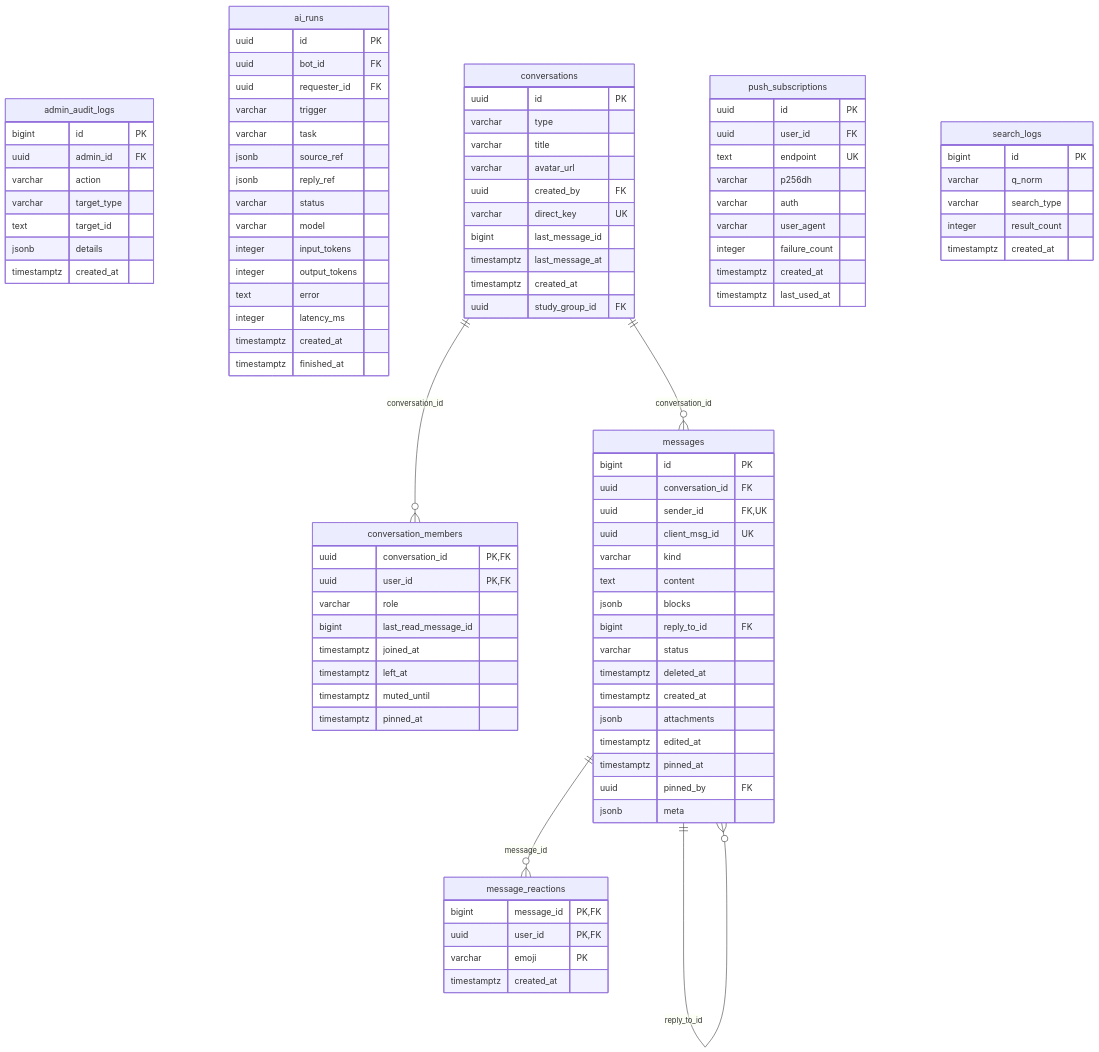
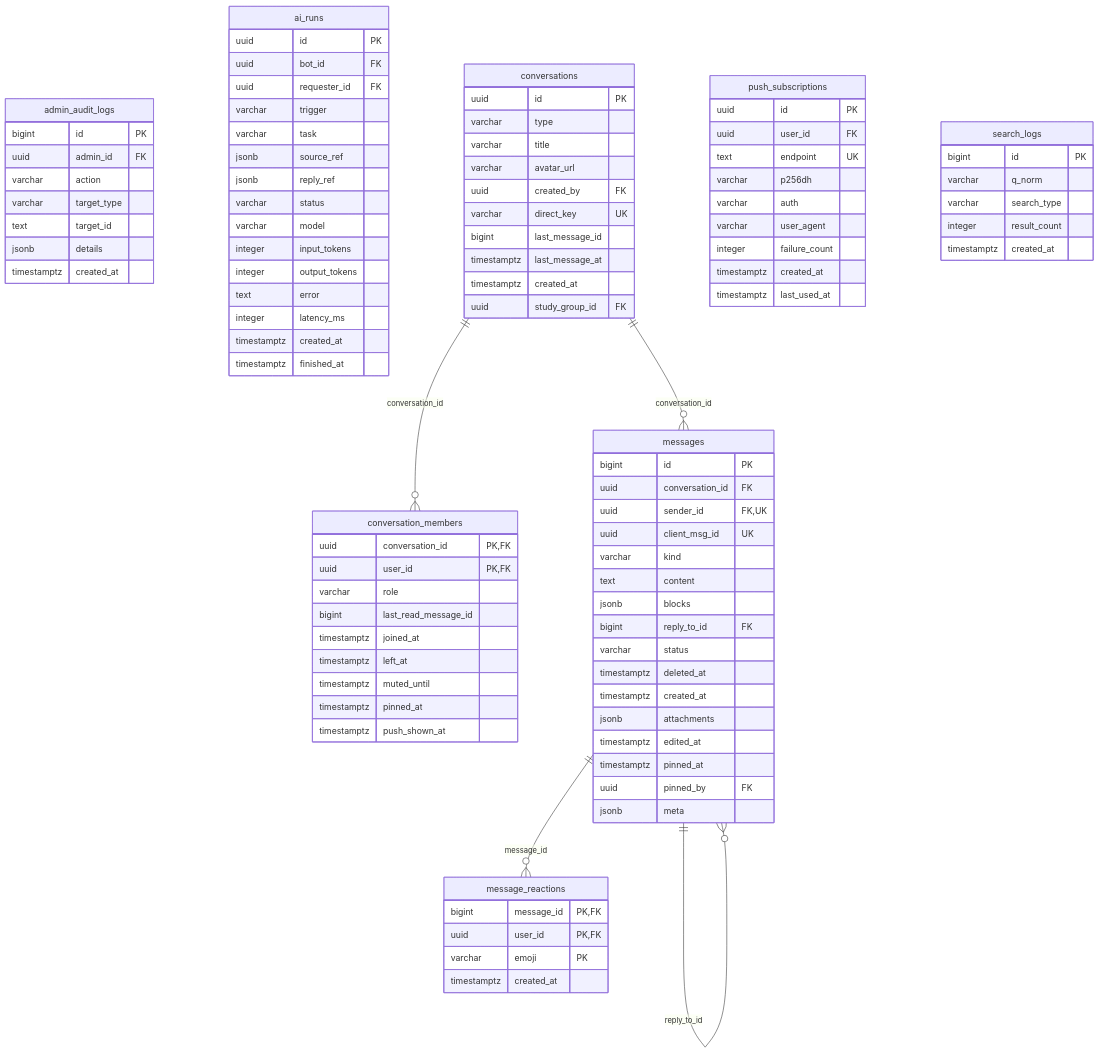
One commit to nhatcoi/pu-connect changed the sixth of 6 diagrams in docs/diagrams/04-erd.md. Above: the diagram before and after it, drawn with Mermaid. The commit also changed 14 other files, not shown here.

```diff
--- a/docs/diagrams/04-erd.md
+++ b/docs/diagrams/04-erd.md
@@ -442,6 +442,7 @@
     timestamptz left_at
     timestamptz muted_until
     timestamptz pinned_at
+    timestamptz push_shown_at
   }
   conversations {
     uuid id PK
```
